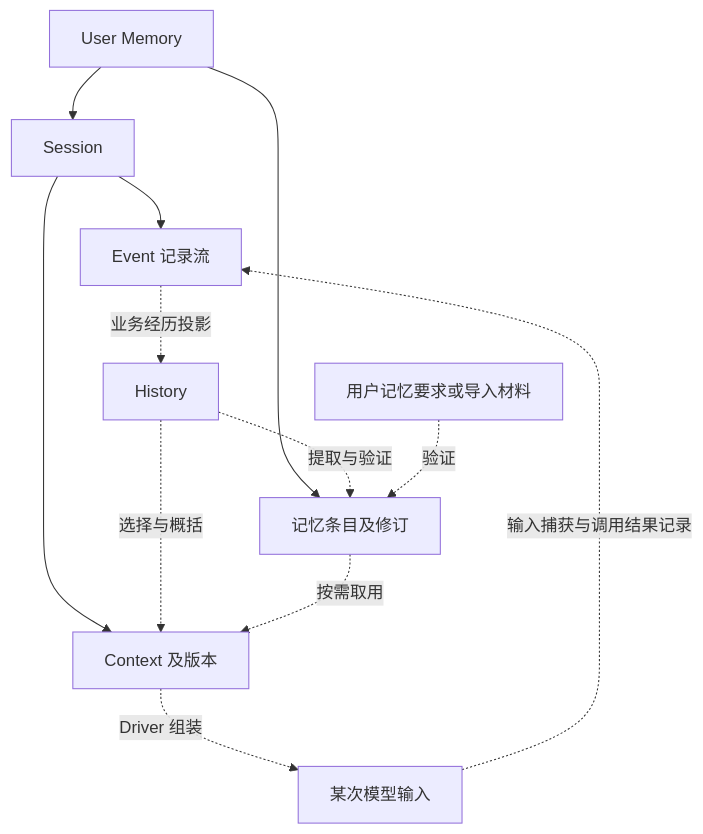
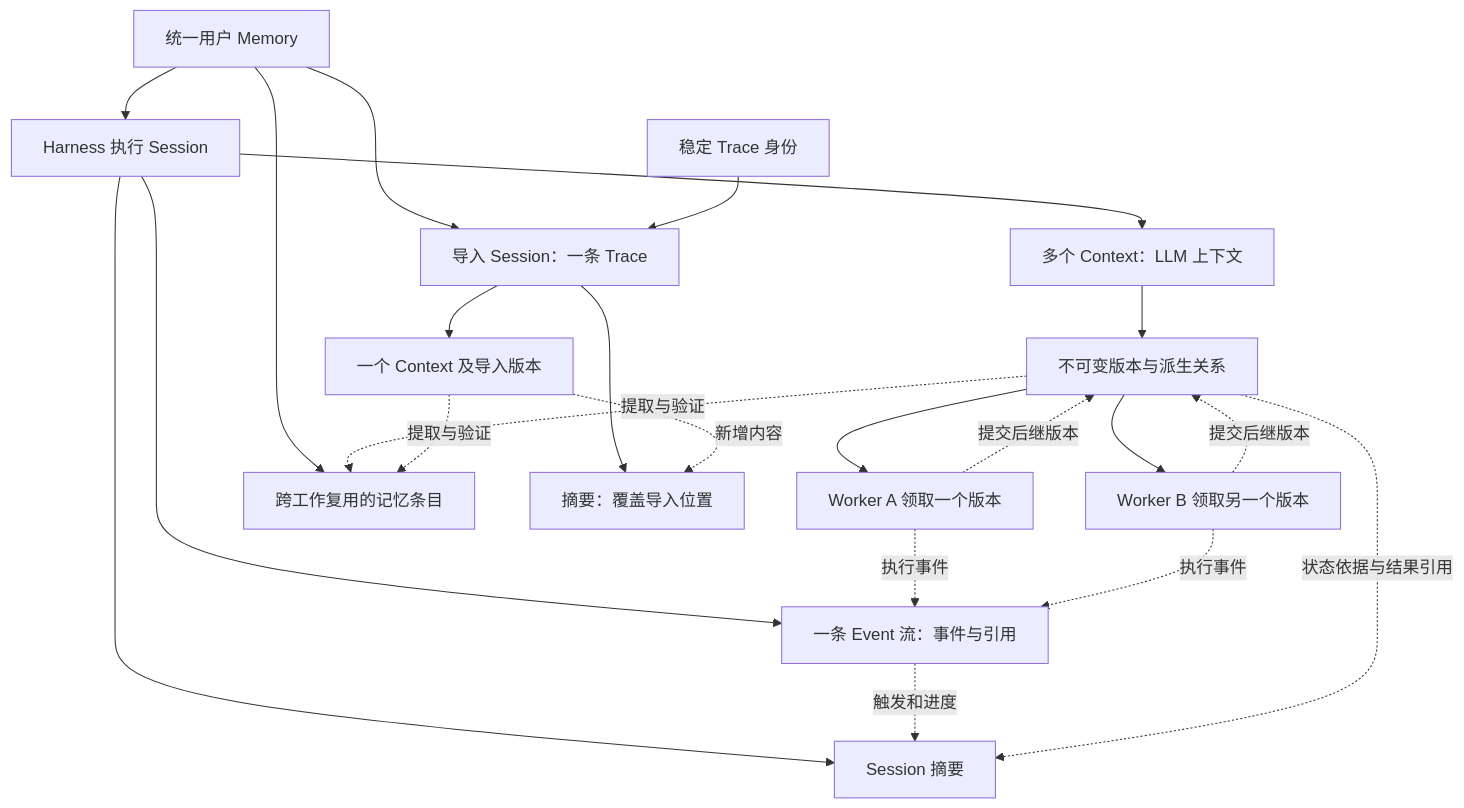
The first of 2 diagrams in docs/integration-protocol.md (langsfang/ga), drawn with Mermaid before and after one commit. The commit also changed other lines of this file, not shown here.

````diff
--- a/docs/integration-protocol.md
+++ b/docs/integration-protocol.md
@@ -109,14 +143,24 @@
 ```mermaid
 flowchart TB
-    U[User Memory] --> S[Session]
-    U --> K[记忆条目及修订]
-    S --> E[Event 记录流]
-    E -.业务经历投影.-> H[History]
-    S --> C[Context 及版本]
-    H -.选择与概括.-> C
-    K -.按需取用.-> C
-    C -.Driver 组装.-> I[某次模型输入]
-    I -.输入捕获与调用结果记录.-> E
-    H -.提取与验证.-> K
-    D[用户记忆要求或导入材料] -.验证.-> K
+    U[统一用户 Memory] --> S[Harness 执行 Session]
+    S --> E[一条 Event 流：事件与引用]
+    S --> C[多个 Context：LLM 上下文]
+    S --> M[Session 摘要]
+    C --> V[不可变版本与派生关系]
+    V --> A[Worker A 领取一个版本]
+    V --> B[Worker B 领取另一个版本]
+    A -.提交后继版本.-> V
+    B -.提交后继版本.-> V
+    A -.执行事件.-> E
+    B -.执行事件.-> E
+    E -.触发和进度.-> M
+    V -.状态依据与结果引用.-> M
+    U --> K[跨工作复用的记忆条目]
+    V -.提取与验证.-> K
+    U --> IS[导入 Session：一条 Trace]
+    T[稳定 Trace 身份] --> IS
+    IS --> IC[一个 Context 及导入版本]
+    IS --> IM[摘要：覆盖导入位置]
+    IC -.新增内容.-> IM
+    IC -.提取与验证.-> K
 ```
````
